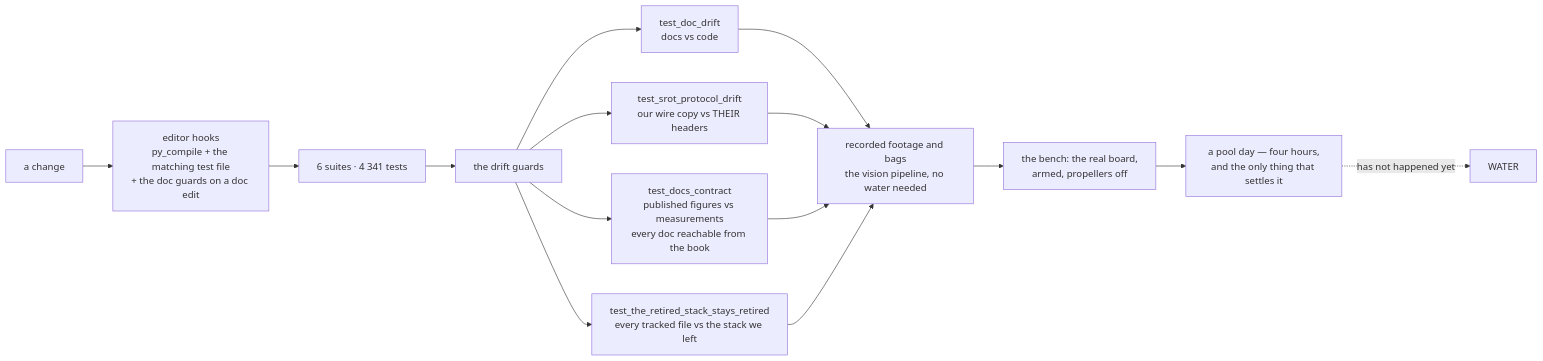
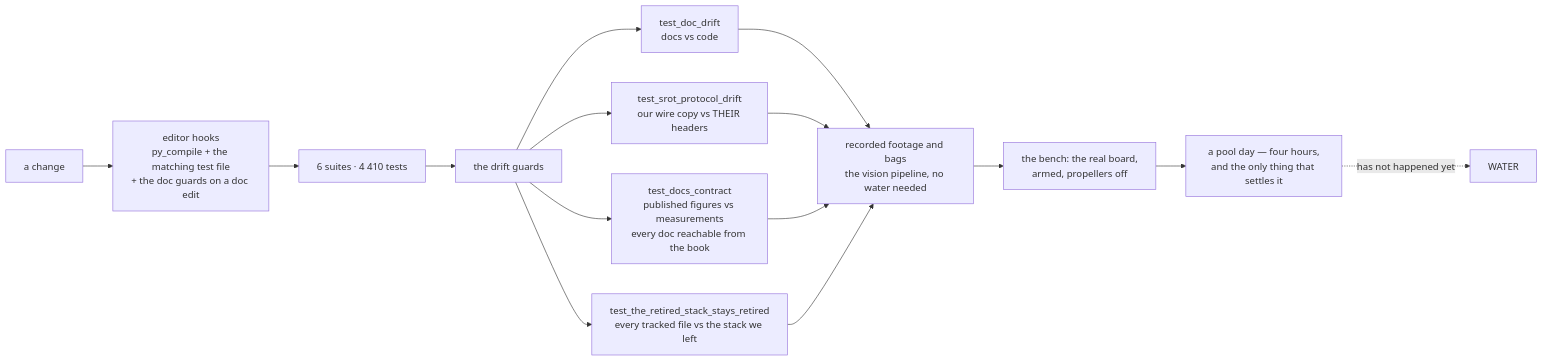
The ninth of 10 diagrams in README.md (fh1m/mongla_ws), drawn with Mermaid before and after one commit. The commit also changed other lines of this file and 2 other files, not shown here.

````diff
--- a/README.md
+++ b/README.md
@@ -810,17 +810,17 @@
 ```mermaid
 flowchart LR
     DEV["a change"] --> HOOK["editor hooks<br/>py_compile + the matching test file<br/>+ the doc guards on a doc edit"]
-    HOOK --> UNIT["6 suites · 4 341 tests"]
+    HOOK --> UNIT["6 suites · 4 410 tests"]
     UNIT --> GUARD["the drift guards"]
     GUARD --> G1["test_doc_drift<br/>docs vs code"]
     GUARD --> G2["test_srot_protocol_drift<br/>our wire copy vs THEIR headers"]
     GUARD --> G3["test_docs_contract<br/>published figures vs measurements<br/>every doc reachable from the book"]
     GUARD --> G4["test_the_retired_stack_stays_retired<br/>every tracked file vs the stack we left"]
     G1 --> REPLAY["recorded footage and bags<br/>the vision pipeline, no water needed"]
     G2 --> REPLAY
     G3 --> REPLAY
     G4 --> REPLAY
     REPLAY --> BENCH["the bench: the real board,<br/>armed, propellers off"]
     BENCH --> POOL["a pool day — four hours,<br/>and the only thing that settles it"]
     POOL -.->|"has not happened yet"| WATER["WATER"]
 ```
````
